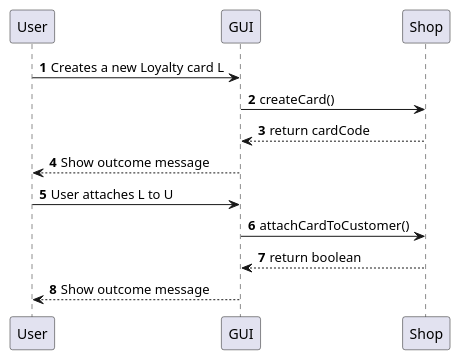
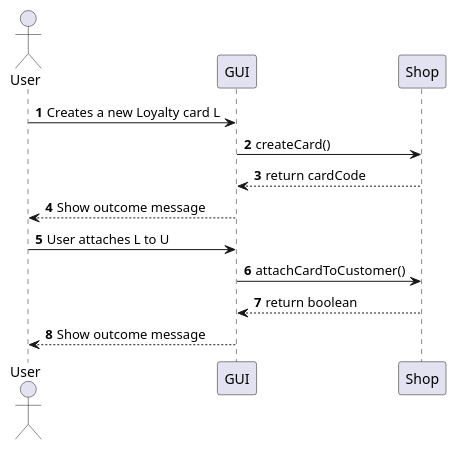
Before and after one commit to Stormz4/group20-EzShop: diagram 12 of 23 in Deliverables/DesignDocument.md, drawn with PlantUML. The commit also changed other lines of this file, not shown here.

Commit message:
Doc: User setted as actor in sequence diagrams.

````diff
--- a/Deliverables/DesignDocument.md
+++ b/Deliverables/DesignDocument.md
@@ -457,13 +465,14 @@
 ```plantuml
 @startuml
+Actor User
 autonumber
 User -> GUI: Creates a new Loyalty card L
 GUI -> Shop: createCard()
 Shop --> GUI: return cardCode
 GUI --> User: Show outcome message
 User -> GUI: User attaches L to U
 GUI -> Shop: attachCardToCustomer()
 Shop --> GUI: return boolean
 GUI --> User: Show outcome message
 @enduml
 ```   
````
